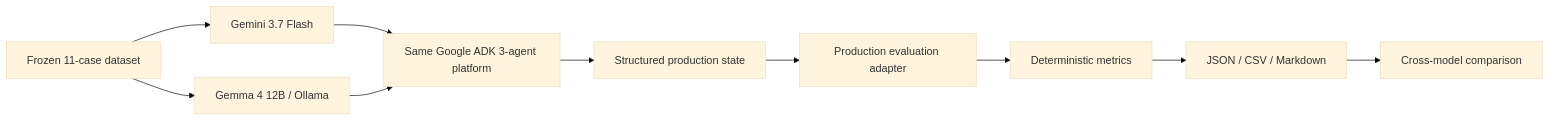
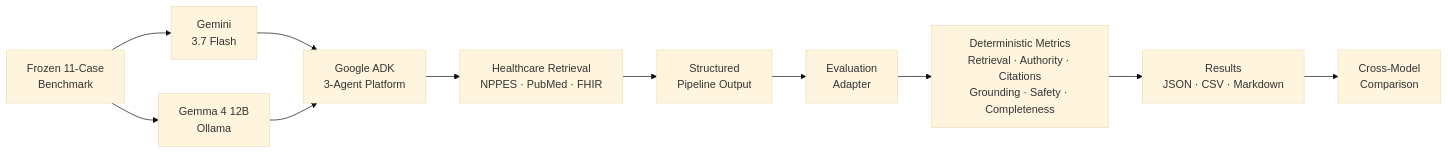
The diagram in docs/releases/v1.1-evaluation-benchmark.md (hastimal/gemini-healthcare-agentic-platform), drawn with Mermaid (base theme) before and after one commit.

Commit message:
docs: fix v1.1 evaluation architecture diagram

````diff
--- a/docs/releases/v1.1-evaluation-benchmark.md
+++ b/docs/releases/v1.1-evaluation-benchmark.md
@@ -27,12 +27,31 @@
 ```mermaid
 flowchart LR
-    D["Frozen 11-case dataset"] --> G["Gemini 3.7 Flash"]
-    D --> M["Gemma 4 12B / Ollama"]
-    G --> A["Same Google ADK 3-agent platform"]
-    M --> A
-    A --> S["Structured production state"]
-    S --> AD["Production evaluation adapter"]
-    AD --> E["Deterministic metrics"]
-    E --> O["JSON / CSV / Markdown"]
-    O --> C["Cross-model comparison"]
+    D["Frozen 11-Case<br/>Benchmark"]
+
+    G["Gemini<br/>3.7 Flash"]
+    M["Gemma 4 12B<br/>Ollama"]
+
+    P["Google ADK<br/>3-Agent Platform"]
+
+    R["Healthcare Retrieval<br/>NPPES · PubMed · FHIR"]
+    S["Structured<br/>Pipeline Output"]
+
+    A["Evaluation<br/>Adapter"]
+    E["Deterministic Metrics<br/>Retrieval · Authority · Citations<br/>Grounding · Safety · Completeness"]
+
+    O["Results<br/>JSON · CSV · Markdown"]
+    C["Cross-Model<br/>Comparison"]
+
+    D --> G
+    D --> M
+
+    G --> P
+    M --> P
+
+    P --> R
+    R --> S
+    S --> A
+    A --> E
+    E --> O
+    O --> C
 ```
````
